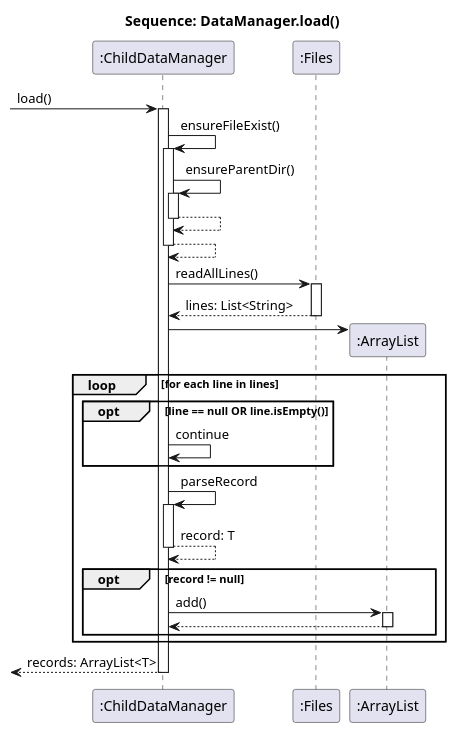
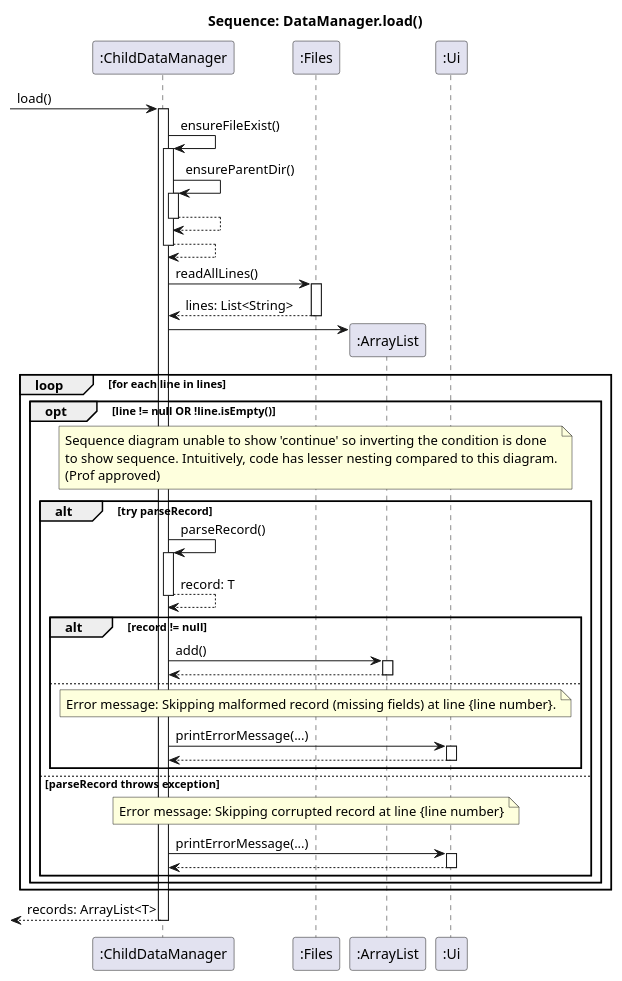
Before and after one commit to AY2526S1-CS2113-T10-1/tp: the diagram in docs/diagrams/uml/storage/LoadSequenceDiagram.puml, drawn with PlantUML. The commit also changed 2 other files, not shown here.

Commit message:
Fix LoadSequenceDiagram

```diff
--- a/docs/diagrams/uml/storage/LoadSequenceDiagram.puml
+++ b/docs/diagrams/uml/storage/LoadSequenceDiagram.puml
@@ -1,42 +1,59 @@
 @startuml
 title Sequence: DataManager.load()
 
 participant ":ChildDataManager" as CDM
 participant ":Files" as Files
 participant ":ArrayList" as AL
+participant ":Ui" as Ui
 
 -> CDM: load()
 activate CDM
 
 CDM -> CDM: ensureFileExist()
 activate CDM
     CDM -> CDM: ensureParentDir()
     activate CDM
     return
 return
 
 CDM -> Files: readAllLines()
 activate Files
 return lines: List<String>
 
 create AL
 CDM -> AL
 
 loop for each line in lines
-    opt line == null OR line.isEmpty()
-        CDM -> CDM: continue
-    end
+    opt line != null OR !line.isEmpty()
+        note over Files: Sequence diagram unable to show 'continue' so inverting the condition is done\nto show sequence. Intuitively, code has lesser nesting compared to this diagram.\n(Prof approved)
 
-    CDM -> CDM: parseRecord
-    activate CDM
-    return record: T
+        alt try parseRecord
 
-    opt record != null
-        CDM -> AL: add()
-        activate AL
-        return
+            CDM -> CDM: parseRecord()
+            activate CDM
+            return record: T
+
+            alt record != null
+                CDM -> AL: add()
+                activate AL
+                return
+            else
+                note over Files: Error message: Skipping malformed record (missing fields) at line {line number}.
+                CDM -> Ui: printErrorMessage(...)
+                activate Ui
+                return
+            end
+
+        else parseRecord throws exception
+            note over Files: Error message: Skipping corrupted record at line {line number}
+            CDM -> Ui: printErrorMessage(...)
+            activate Ui
+            return
+        end
     end
 end
 
+
+
 return records: ArrayList<T>
 @enduml
```
